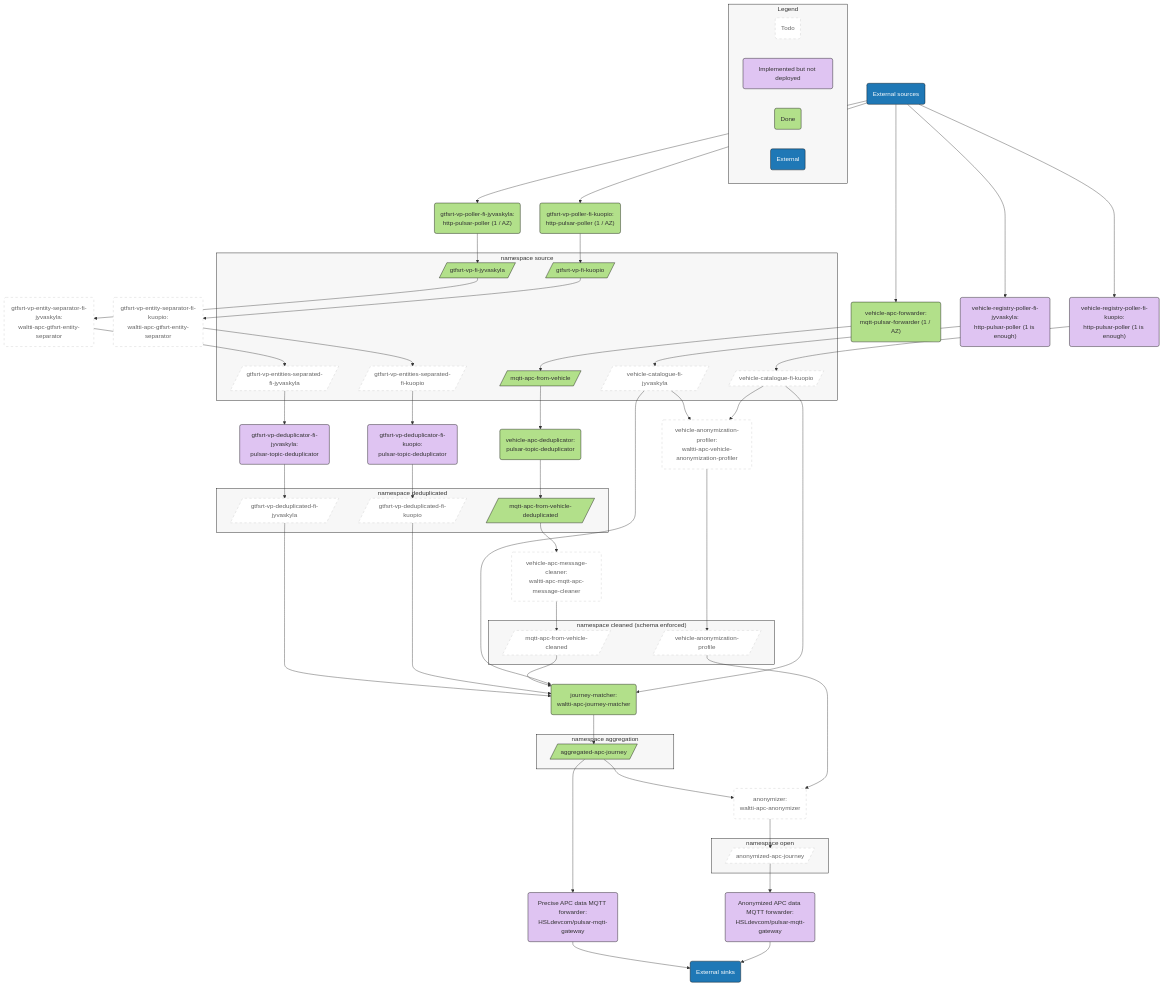
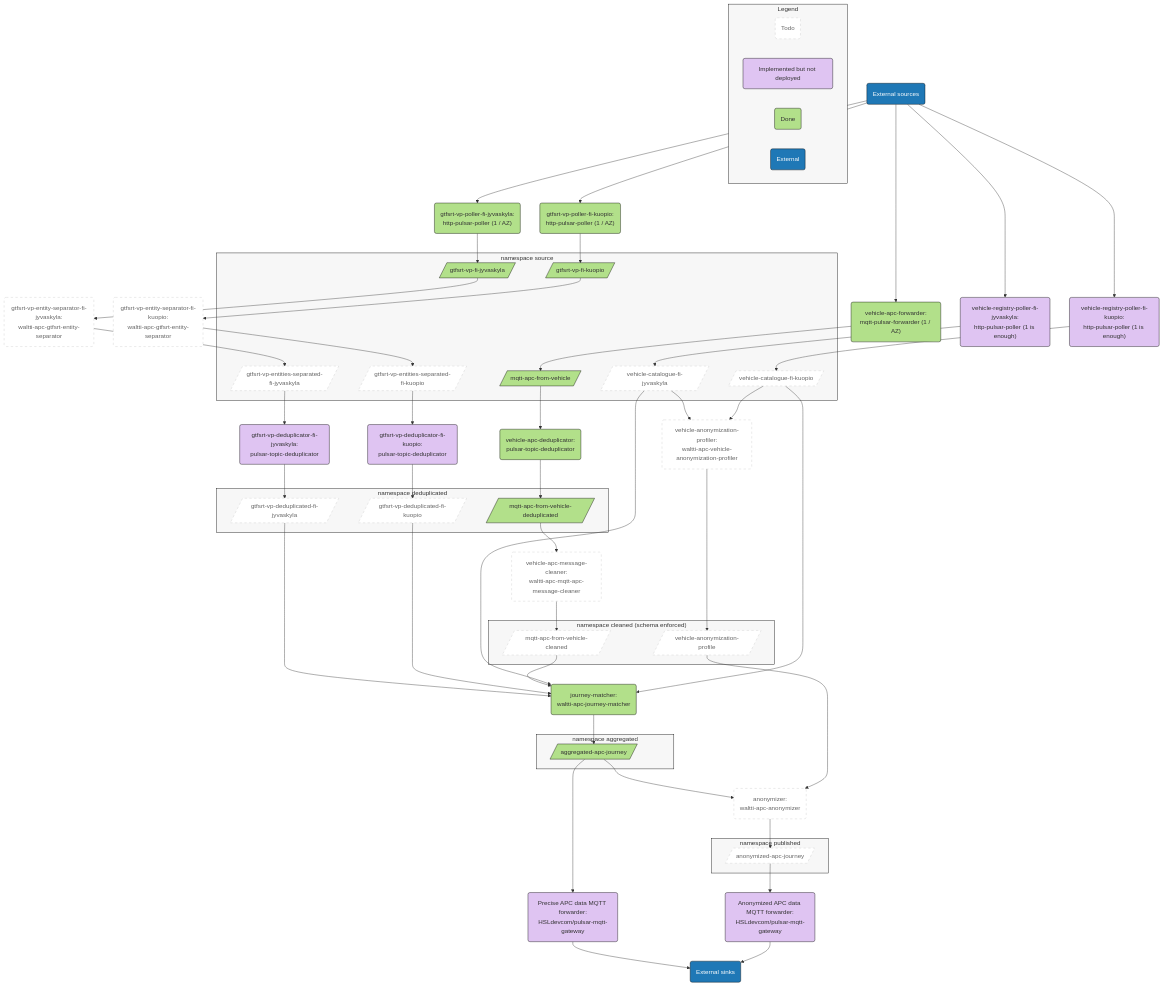
The second of 2 diagrams in README.md (tvv-lippu-ja-maksujarjestelma-oy/waltti-apc), drawn with Mermaid before and after one commit.

Commit message:
docs: Update namespaces

```diff
--- a/README.md
+++ b/README.md
@@ -127,7 +127,7 @@
   vehicleanonymizationprofiler("vehicle-anonymization-profiler:<br/>waltti-apc-vehicle-anonymization-profiler")
   vehicleregistrypollerfijyvaskyla("vehicle-registry-poller-fi-jyvaskyla:<br/>http-pulsar-poller (1 is enough)")
   vehicleregistrypollerfikuopio("vehicle-registry-poller-fi-kuopio:<br/>http-pulsar-poller (1 is enough)")
-  subgraph nsaggregation["namespace aggregation"]
+  subgraph nsaggregated["namespace aggregated"]
     aggregated[/"aggregated-apc-journey"/]
   end
   subgraph nscleaned["namespace cleaned (schema enforced)"]
@@ -139,7 +139,7 @@
     gtfsrtdeduplicatedfikuopio[/"gtfsrt-vp-deduplicated-fi-kuopio"/]
     mqttdeduplicated[/"mqtt-apc-from-vehicle-deduplicated"/]
   end
-  subgraph nsopen["namespace open"]
+  subgraph nspublished["namespace published"]
     anonymized[/"anonymized-apc-journey"/]
   end
   subgraph nssource["namespace source"]
@@ -208,10 +208,10 @@
   class mqttraw done
 
   classDef env fill:#f7f7f7,stroke:#000
-  class nsaggregation env
+  class nsaggregated env
   class nscleaned env
   class nsdeduplicated env
-  class nsopen env
+  class nspublished env
   class nssource env
 
   classDef external fill:#1f78b6,stroke:#000,color:#fff
```
